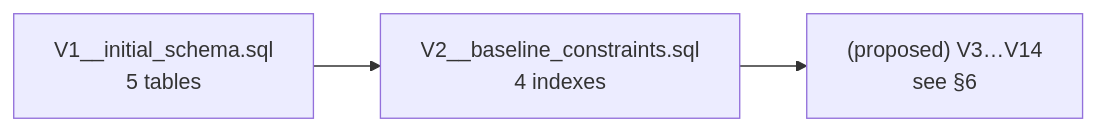
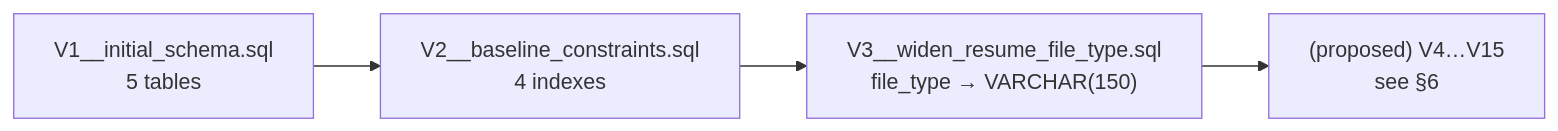
One commit to elel-m-b/CareerPilot changed the second of 3 diagrams in docs/DATABASE.md. Above: the diagram before and after it, drawn with Mermaid. The commit also changed other lines of this file and 23 other files, not shown here.

````diff
--- a/docs/DATABASE.md
+++ b/docs/DATABASE.md
@@ -202,5 +210,6 @@
 ```mermaid
 graph LR
     V1["V1__initial_schema.sql<br/>5 tables"] --> V2["V2__baseline_constraints.sql<br/>4 indexes"]
-    V2 --> V3["(proposed) V3…V14<br/>see §6"]
+    V2 --> V3["V3__widen_resume_file_type.sql<br/>file_type → VARCHAR(150)"]
+    V3 --> V4["(proposed) V4…V15<br/>see §6"]
 ```
````
